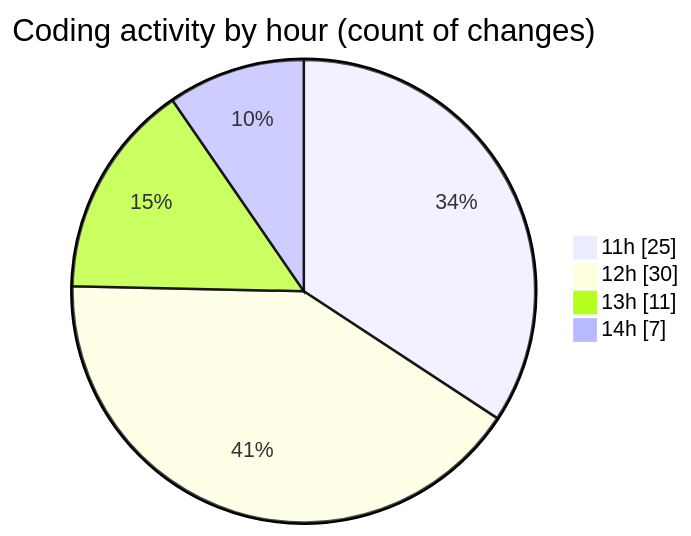
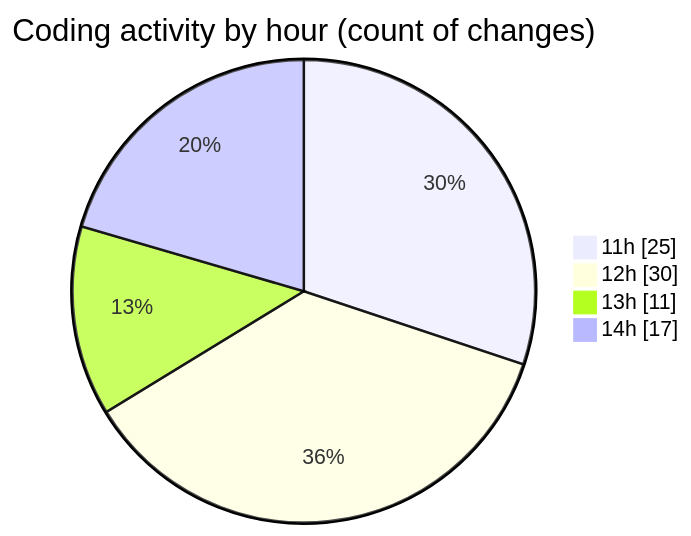
Before and after one commit to nxtqubesakshisongat/code-tracking: the second of 2 diagrams in 2025-08-13/nxtqube_webapp/README.md, drawn with Mermaid. The commit also changed other lines of this file and 1 other file, not shown here.

````diff
--- a/2025-08-13/nxtqube_webapp/README.md
+++ b/2025-08-13/nxtqube_webapp/README.md
@@ -35,8 +35,8 @@
 ```mermaid
 pie showData
 title Coding activity by hour (count of changes)
 "11h" : 25
 "12h" : 30
 "13h" : 11
-"14h" : 7
+"14h" : 17
 ```
````
